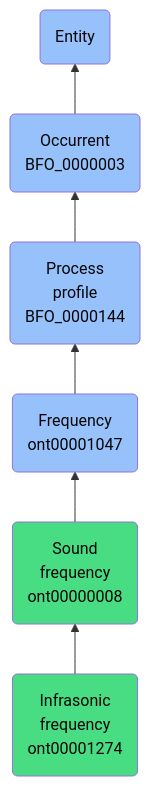
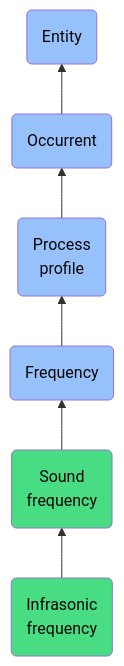
Before and after one commit to jupyter-naas/abi: the diagram in docs/ontology/reference/model/Entity/Occurrent/Process profile/Frequency/Sound frequency/Infrasonic frequency/Infrasonic frequency.md, drawn with Mermaid. The commit also changed other lines of this file and 1430 other files, not shown here.

````diff
--- a/docs/ontology/reference/model/Entity/Occurrent/Process profile/Frequency/Sound frequency/Infrasonic frequency/Infrasonic frequency.md
+++ b/docs/ontology/reference/model/Entity/Occurrent/Process profile/Frequency/Sound frequency/Infrasonic frequency/Infrasonic frequency.md
@@ -24,13 +24,13 @@
 ```mermaid
 graph BT
-    ont00001274(Infrasonic<br>frequency<br>ont00001274):::ABI-->ont00000008
-    ont00000008(Sound<br>frequency<br>ont00000008):::ABI-->ont00001047
-    ont00001047(Frequency<br>ont00001047):::BFO-->BFO_0000144
-    BFO_0000144(Process<br>profile<br>BFO_0000144):::BFO-->BFO_0000003
-    BFO_0000003(Occurrent<br>BFO_0000003):::BFO-->BFO_0000001
+    ont00001274(Infrasonic<br>frequency):::ABI-->ont00000008
+    ont00000008(Sound<br>frequency):::ABI-->ont00001047
+    ont00001047(Frequency):::BFO-->BFO_0000144
+    BFO_0000144(Process<br>profile):::BFO-->BFO_0000003
+    BFO_0000003(Occurrent):::BFO-->BFO_0000001
     BFO_0000001(Entity):::BFO
     
     classDef BFO fill:#97c1fb,color:#060606
     classDef CCO fill:#e4c51e,color:#060606
     classDef ABI fill:#48DD82,color:#060606
 ```
````
